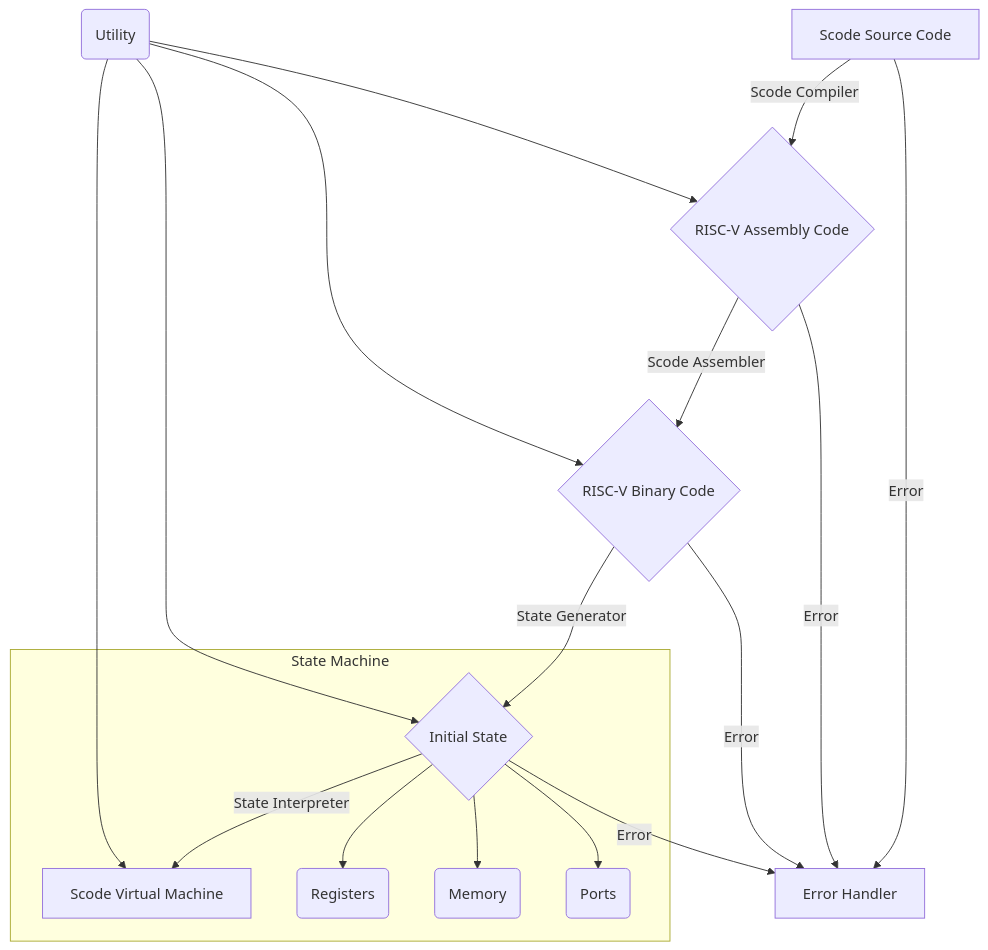
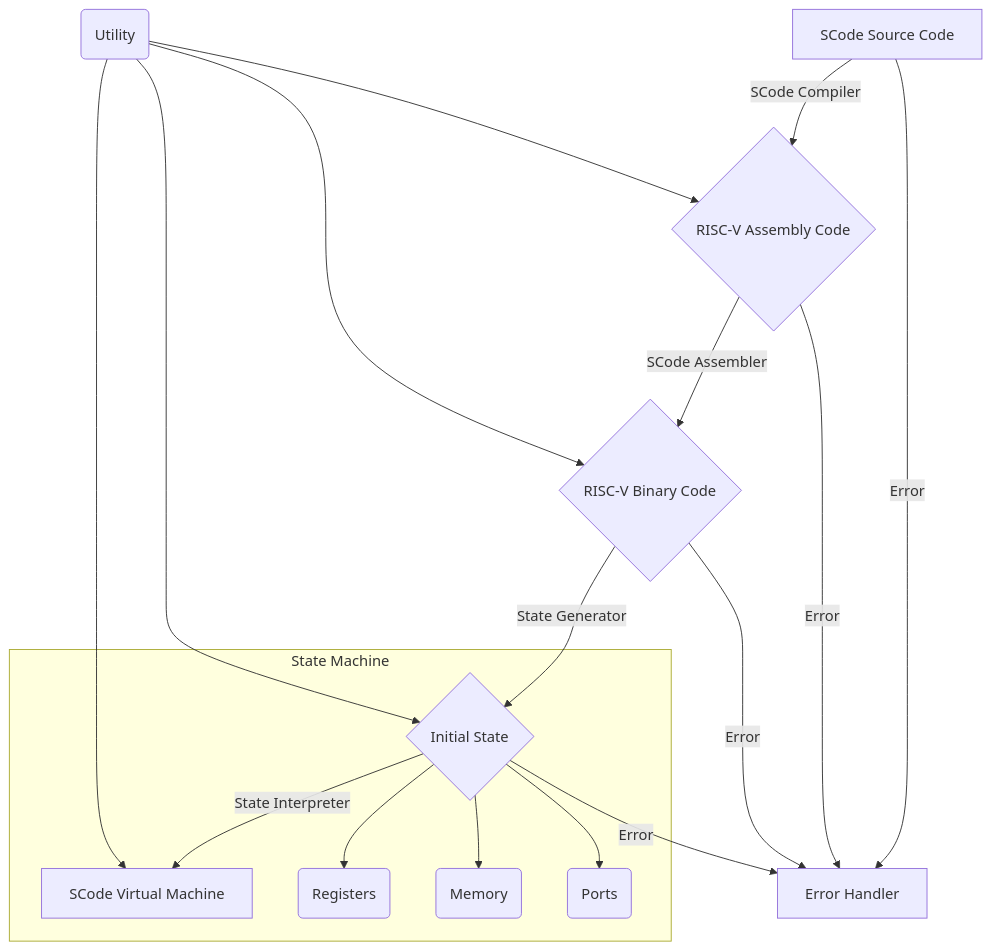
The diagram in README.md (Xiaobai2-2022/scode), drawn with Mermaid before and after one commit. The commit also changed other lines of this file, not shown here.

Commit message:
Changed all Scode into SCode in README.md

````diff
--- a/README.md
+++ b/README.md
@@ -4,21 +4,21 @@
 ```mermaid
 flowchart TB
 
-    A[Scode Source Code]-->|Scode Compiler| B{RISC-V Assembly Code}
+    A[SCode Source Code]-->|SCode Compiler| B{RISC-V Assembly Code}
     J(Utility)-->B
     A-->|Error| D
-    B-->|Scode Assembler| C{RISC-V Binary Code}
+    B-->|SCode Assembler| C{RISC-V Binary Code}
     J-->C
     B-->|Error| D[Error Handler]
     C-->|State Generator| E{Initial State}
     J(Utility)-->E
     C-->|Error| D
     subgraph State Machine
-        E-->|State Interpreter| F[Scode Virtual Machine]
+        E-->|State Interpreter| F[SCode Virtual Machine]
         E-->G(Registers)
         E-->H(Memory)
         E-->I(Ports)
     end
     J-->F
     E-->|Error| D
 ```
````
